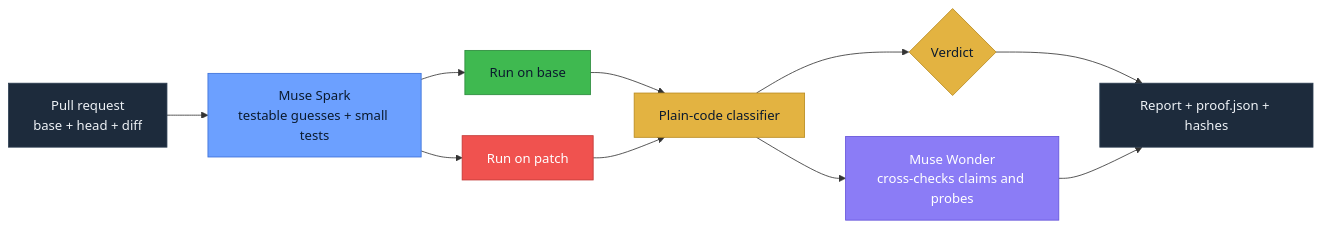
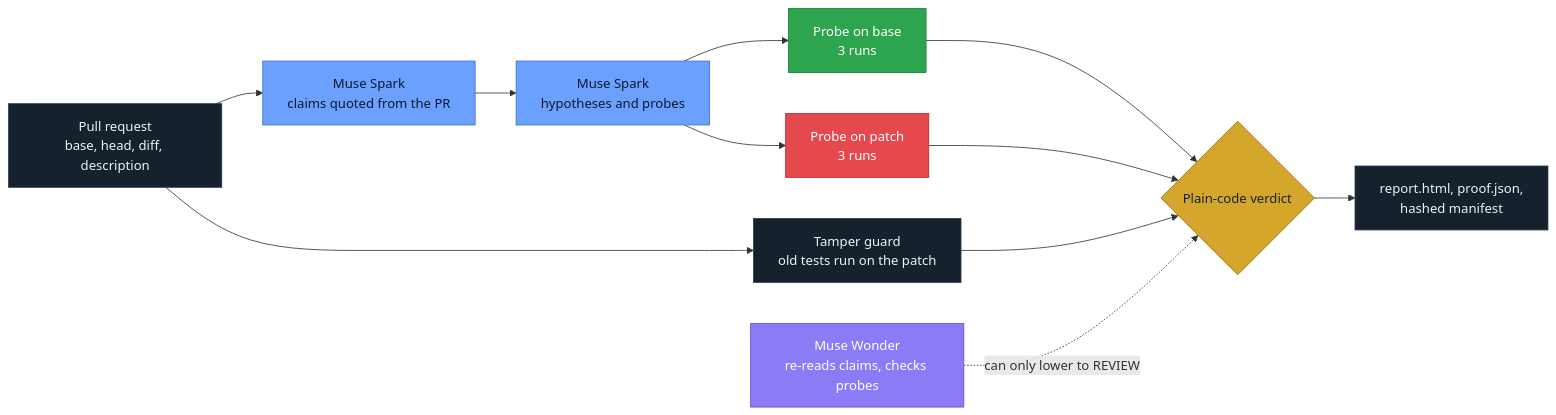
One commit to imthi16/proofmerge changed the diagram in README.md. Above: the diagram before and after it, drawn with Mermaid. The commit also changed other lines of this file and 3 other files, not shown here.

````diff
--- a/README.md
+++ b/README.md
@@ -106,25 +94,26 @@
 ```mermaid
 flowchart LR
-    A["Pull request<br/>base + head + diff"] --> B["Muse Spark<br/>testable guesses + small tests"]
-    B --> C["Run on base"]
-    B --> D["Run on patch"]
-    C --> E["Plain-code classifier"]
+    A["Pull request<br/>base, head, diff, description"] --> I["Muse Spark<br/>claims quoted from the PR"]
+    I --> H["Muse Spark<br/>hypotheses and probes"]
+    H --> C["Probe on base<br/>3 runs"]
+    H --> D["Probe on patch<br/>3 runs"]
+    A --> T["Tamper guard<br/>old tests run on the patch"]
+    C --> E{"Plain-code verdict"}
     D --> E
-    E --> V{"Verdict"}
-    E --> W["Muse Wonder<br/>cross-checks claims and probes"]
-    V --> R["Report + proof.json + hashes"]
-    W --> R
+    T --> E
+    W["Muse Wonder<br/>re-reads claims, checks probes"] -. "can only lower to REVIEW" .-> E
+    E --> R["report.html, proof.json,<br/>hashed manifest"]
 
-    classDef meta fill:#6CA0FF,stroke:#3B6FD8,color:#0B1A2E
+    classDef spark fill:#6CA0FF,stroke:#3B6FD8,color:#0B1A2E
     classDef wonder fill:#8B7CF6,stroke:#6352D9,color:#ffffff
-    classDef base fill:#3FB950,stroke:#2A8A3B,color:#0B1A2E
-    classDef patch fill:#F0524F,stroke:#C23532,color:#ffffff
-    classDef code fill:#E3B341,stroke:#B88A1E,color:#0B1A2E
-    classDef plain fill:#1D2B3C,stroke:#2C3E52,color:#EEF2F6
-    class B meta
+    classDef base fill:#2DA44E,stroke:#1A7F37,color:#ffffff
+    classDef patch fill:#E5484D,stroke:#C5282F,color:#ffffff
+    classDef code fill:#D4A72C,stroke:#9A6700,color:#16212E
+    classDef plain fill:#16212E,stroke:#2C3E52,color:#EEF2F6
+    class I,H spark
     class W wonder
     class C base
     class D patch
-    class E,V code
-    class A,R plain
+    class E code
+    class A,T,R plain
 ```
````
